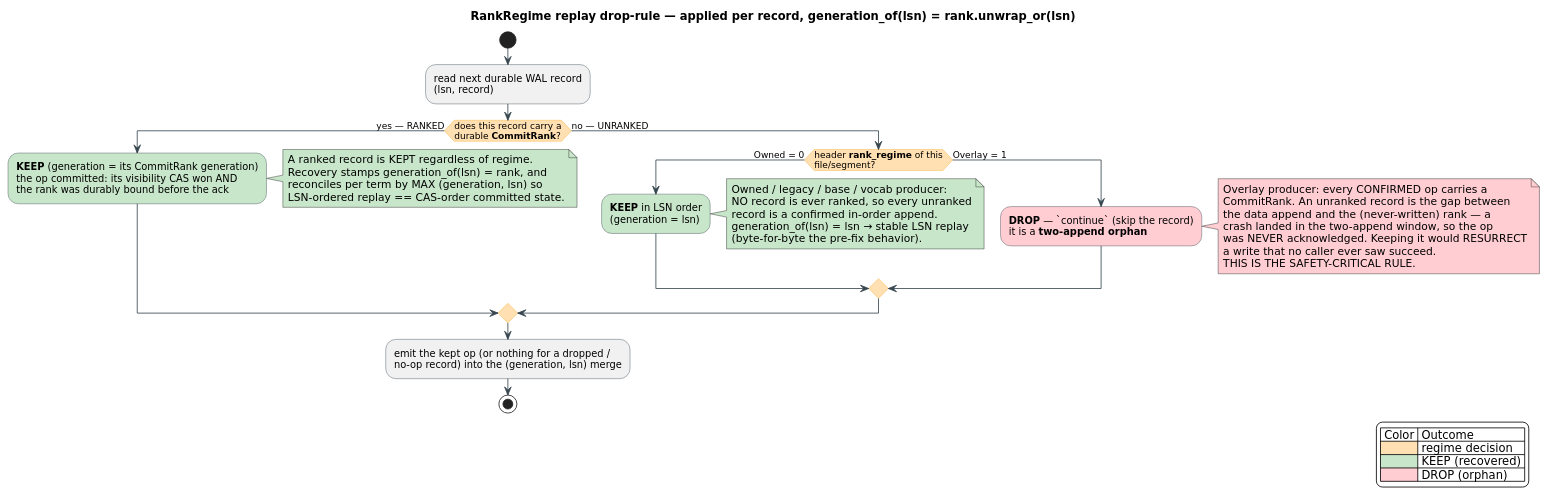
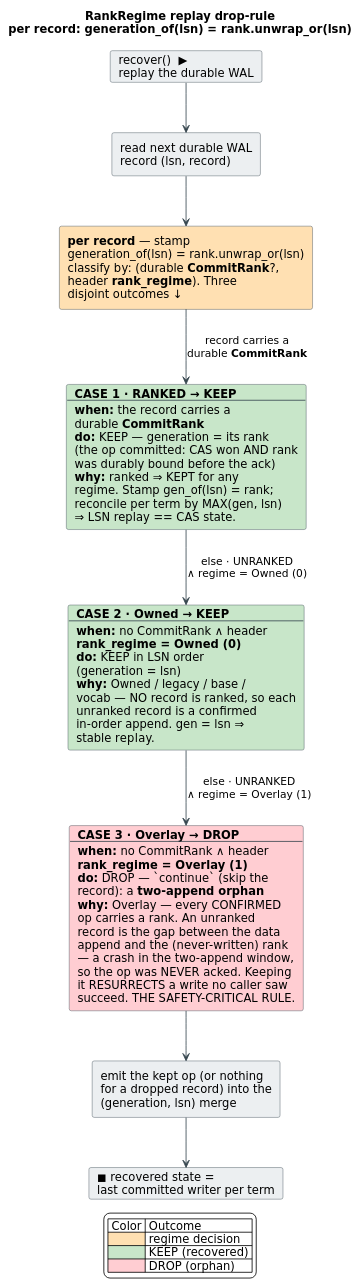
Before and after one commit to vinary-tree/libdictenstein: the diagram in docs/diagrams/src/rank-regime-replay.puml, drawn with PlantUML. The commit also changed 279 other files, not shown here.

```diff
--- a/docs/diagrams/src/rank-regime-replay.puml
+++ b/docs/diagrams/src/rank-regime-replay.puml
@@ -1,73 +1,69 @@
 @startuml rank-regime-replay
 ' ============================================================================
 ' RankRegime replay drop-rule — the SAFETY-CRITICAL decision a recovering
 ' reader makes for EVERY WAL record, keyed on the file/segment's rank_regime
 ' (header byte 28) and whether the record carries a durable CommitRank.
 ' Source of truth:
 '   src/persistent_artrie/core/wal/header.rs   (RankRegime { Owned=0, Overlay=1 })
 '   src/persistent_artrie/core/recovery.rs     (reconcile_lww / generation_of /
 '                                               the `RankRegime::Overlay => continue` drop)
+'
+' LAYOUT: a top regime decision followed by a VERTICAL STACK of the three
+' disjoint outcome cases (condition -> action -> rationale, one colored card
+' each), so the figure reads top-to-bottom within the prose column. The three
+' cards partition every record: RANKED (kept), UNRANKED+Owned (kept), and
+' UNRANKED+Overlay (dropped as a two-append orphan).
+'
 ' Color key:  amber #FFE0B2 = control / regime decision (frontier)
 '             green #C8E6C9 = KEEP — the record contributes to recovered state
 '             red   #FFCDD2 = DROP — the record is a two-append orphan, discarded
 '             grey  #ECEFF1 = terminal / infrastructure
 ' ============================================================================
 skinparam backgroundColor #FFFFFF
 skinparam defaultFontName "DejaVu Sans"
+skinparam wrapWidth 300
 skinparam shadowing false
 skinparam ArrowColor #37474F
 skinparam ArrowFontName "DejaVu Sans"
-skinparam activity {
+skinparam rectangle {
   BorderColor #37474F
   FontName "DejaVu Sans"
-  DiamondBorderColor #F9A825
-  DiamondBackgroundColor #FFE0B2
+}
+skinparam card {
+  BorderColor #37474F
+  FontName "DejaVu Sans"
 }
 
-title RankRegime replay drop-rule — applied per record, generation_of(lsn) = rank.unwrap_or(lsn)
+title RankRegime replay drop-rule\nper record: generation_of(lsn) = rank.unwrap_or(lsn)
 
-start
-:read next durable WAL record\n(lsn, record);
+card "recover()  ▶\nreplay the durable WAL" as START #ECEFF1
 
-if (does this record carry a\ndurable **CommitRank**?) then (yes — RANKED)
-  #C8E6C9:**KEEP** (generation = its CommitRank generation)\nthe op committed: its visibility CAS won AND\nthe rank was durably bound before the ack;
-  note right #C8E6C9
-    A ranked record is KEPT regardless of regime.
-    Recovery stamps generation_of(lsn) = rank, and
-    reconciles per term by MAX (generation, lsn) so
-    LSN-ordered replay == CAS-order committed state.
-  end note
-else (no — UNRANKED)
-  if (header **rank_regime** of this\nfile/segment?) then (Owned = 0)
-    #C8E6C9:**KEEP** in LSN order\n(generation = lsn);
-    note right #C8E6C9
-      Owned / legacy / base / vocab producer:
-      NO record is ever ranked, so every unranked
-      record is a confirmed in-order append.
-      generation_of(lsn) = lsn → stable LSN replay
-      (byte-for-byte the pre-fix behavior).
-    end note
-  else (Overlay = 1)
-    #FFCDD2:**DROP** — `continue` (skip the record)\nit is a **two-append orphan**;
-    note right #FFCDD2
-      Overlay producer: every CONFIRMED op carries a
-      CommitRank. An unranked record is the gap between
-      the data append and the (never-written) rank — a
-      crash landed in the two-append window, so the op
-      was NEVER acknowledged. Keeping it would RESURRECT
-      a write that no caller ever saw succeed.
-      THIS IS THE SAFETY-CRITICAL RULE.
-    end note
-  endif
-endif
+rectangle "read next durable WAL\nrecord (lsn, record)" as READ #ECEFF1
 
-:emit the kept op (or nothing for a dropped /\nno-op record) into the (generation, lsn) merge;
-stop
+rectangle "**per record** — stamp\ngeneration_of(lsn) = rank.unwrap_or(lsn)\nclassify by: (durable **CommitRank**?,\nheader **rank_regime**). Three\ndisjoint outcomes ↓" as DECIDE #FFE0B2
 
-legend right
+card "**CASE 1 · RANKED → KEEP**\n--\n**when:** the record carries a\ndurable **CommitRank**\n**do:** KEEP — generation = its rank\n(the op committed: CAS won AND rank\nwas durably bound before the ack)\n**why:** ranked ⇒ KEPT for any\nregime. Stamp gen_of(lsn) = rank;\nreconcile per term by MAX(gen, lsn)\n⇒ LSN replay == CAS state." as C1 #C8E6C9
+
+card "**CASE 2 · Owned → KEEP**\n--\n**when:** no CommitRank ∧ header\n**rank_regime = Owned (0)**\n**do:** KEEP in LSN order\n(generation = lsn)\n**why:** Owned / legacy / base /\nvocab — NO record is ranked, so each\nunranked record is a confirmed\nin-order append. gen = lsn ⇒\nstable replay." as C2 #C8E6C9
+
+card "**CASE 3 · Overlay → DROP**\n--\n**when:** no CommitRank ∧ header\n**rank_regime = Overlay (1)**\n**do:** DROP — `continue` (skip the\nrecord): a **two-append orphan**\n**why:** Overlay — every CONFIRMED\nop carries a rank. An unranked\nrecord is the gap between the data\nappend and the (never-written) rank\n— a crash in the two-append window,\nso the op was NEVER acked. Keeping\nit RESURRECTS a write no caller saw\nsucceed. THE SAFETY-CRITICAL RULE." as C3 #FFCDD2
+
+rectangle "emit the kept op (or nothing\nfor a dropped record) into the\n(generation, lsn) merge" as EMIT #ECEFF1
+
+card "◼ recovered state =\nlast committed writer per term" as DONE #ECEFF1
+
+START --> READ
+READ --> DECIDE
+DECIDE --> C1 : record carries a\ndurable **CommitRank**
+C1 --> C2 : else · UNRANKED\n∧ regime = Owned (0)
+C2 --> C3 : else · UNRANKED\n∧ regime = Overlay (1)
+C3 --> EMIT
+EMIT --> DONE
+
+legend bottom
 | Color | Outcome |
 |<#FFE0B2>| regime decision |
 |<#C8E6C9>| KEEP (recovered) |
 |<#FFCDD2>| DROP (orphan) |
 endlegend
 @enduml
```
